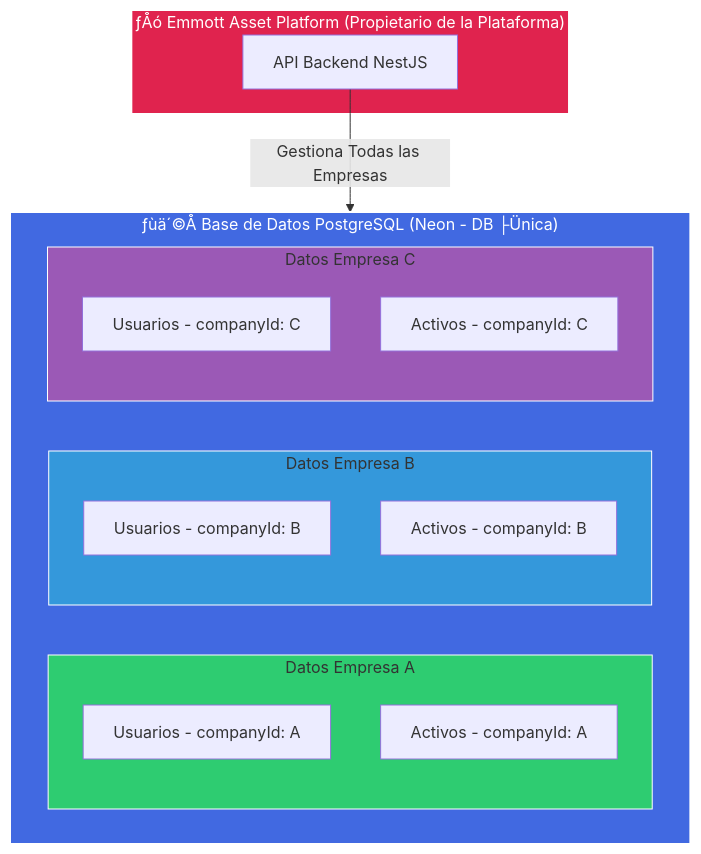
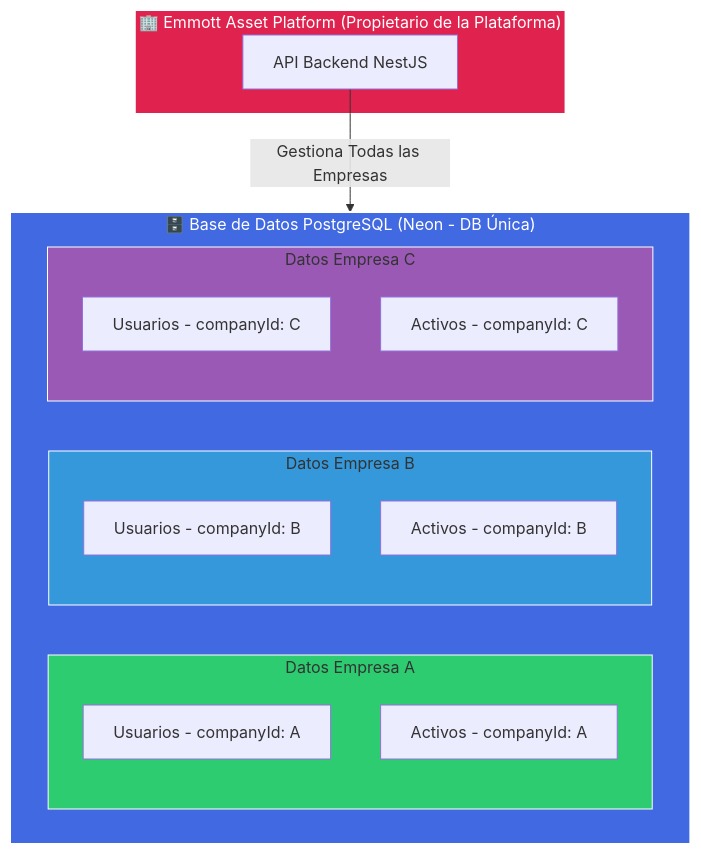
Before and after one commit to marceloemmott-dev/emmott-asset-platform-backend: the first of 5 diagrams in README.md, drawn with Mermaid. The commit also changed other lines of this file, not shown here.

Commit message:
docs: final README update with companies module structure and roadmap status

````diff
--- a/README.md
+++ b/README.md
@@ -135,31 +135,31 @@
 ```mermaid
 graph TB
-    subgraph Platform["­ƒÅó Emmott Asset Platform (Propietario de la Plataforma)"]
+    subgraph Platform["🏢 Emmott Asset Platform (Propietario de la Plataforma)"]
         API[API Backend NestJS]
     end
     
-    subgraph Database["­ƒùä´©Å Base de Datos PostgreSQL (Neon - DB ├Ünica)"]
+    subgraph Database["🗄️ Base de Datos PostgreSQL (Neon - DB Única)"]
         subgraph CompanyA["Datos Empresa A"]
             A1[Usuarios - companyId: A]
             A2[Activos - companyId: A]
         end
         
         subgraph CompanyB["Datos Empresa B"]
             B1[Usuarios - companyId: B]
             B2[Activos - companyId: B]
         end
         
         subgraph CompanyC["Datos Empresa C"]
             C1[Usuarios - companyId: C]
             C2[Activos - companyId: C]
         end
     end
     
     API -->|Gestiona Todas las Empresas| Database
     
     style Platform fill:#E0234E,stroke:#fff,stroke-width:2px,color:#fff
     style Database fill:#4169E1,stroke:#fff,stroke-width:2px,color:#fff
     style CompanyA fill:#2ecc71,stroke:#fff,stroke-width:1px
     style CompanyB fill:#3498db,stroke:#fff,stroke-width:1px
     style CompanyC fill:#9b59b6,stroke:#fff,stroke-width:1px
 ```
````
